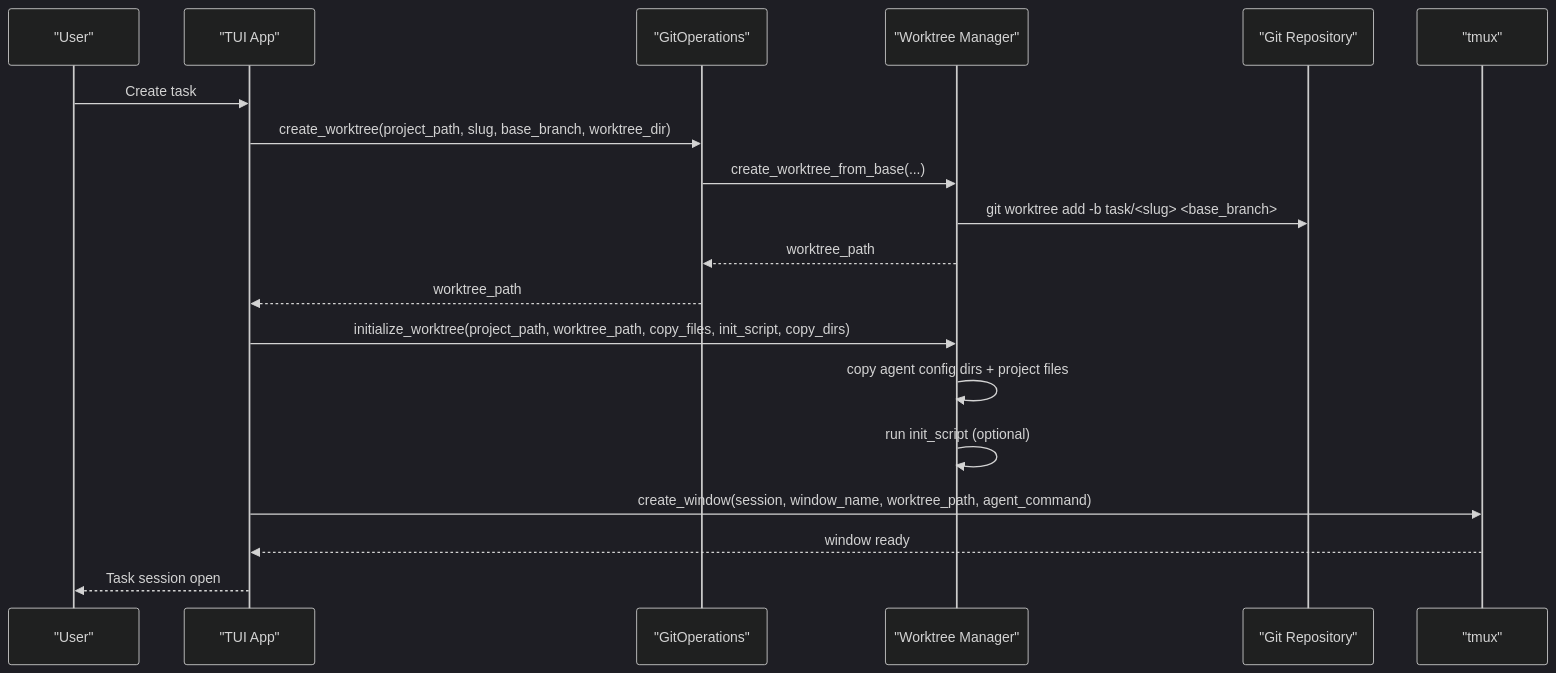
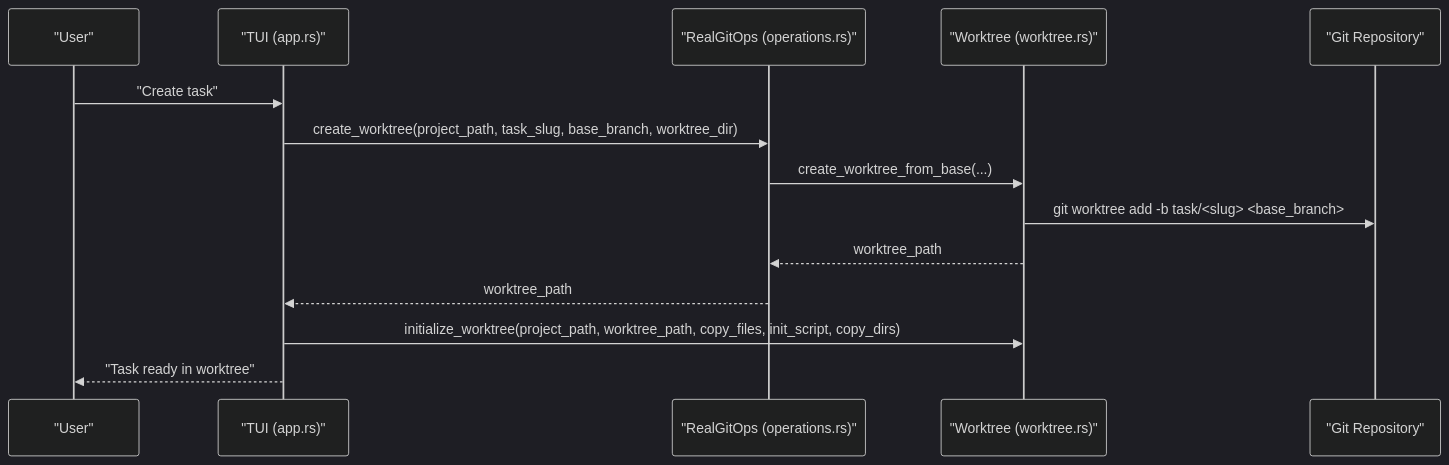
The second of 10 diagrams in .qoder/repowiki/en/content/Git Integration/Worktree Management.md (bramburn/agtx), drawn with Mermaid (dark theme) before and after one commit. The commit also changed other lines of this file and 140 other files, not shown here.

````diff
--- a/.qoder/repowiki/en/content/Git Integration/Worktree Management.md
+++ b/.qoder/repowiki/en/content/Git Integration/Worktree Management.md
@@ -102,21 +113,16 @@
 ```mermaid
 sequenceDiagram
 participant User as "User"
-participant TUI as "TUI App"
-participant GitOps as "GitOperations"
-participant WT as "Worktree Manager"
+participant TUI as "TUI (app.rs)"
+participant GitOps as "RealGitOps (operations.rs)"
+participant WT as "Worktree (worktree.rs)"
 participant Repo as "Git Repository"
-participant TMUX as "tmux"
-User->>TUI : Create task
-TUI->>GitOps : create_worktree(project_path, slug, base_branch, worktree_dir)
+User->>TUI : "Create task"
+TUI->>GitOps : create_worktree(project_path, task_slug, base_branch, worktree_dir)
 GitOps->>WT : create_worktree_from_base(...)
 WT->>Repo : git worktree add -b task/<slug> <base_branch>
 WT-->>GitOps : worktree_path
 GitOps-->>TUI : worktree_path
 TUI->>WT : initialize_worktree(project_path, worktree_path, copy_files, init_script, copy_dirs)
-WT->>WT : copy agent config dirs + project files
-WT->>WT : run init_script (optional)
-TUI->>TMUX : create_window(session, window_name, worktree_path, agent_command)
-TMUX-->>TUI : window ready
-TUI-->>User : Task session open
+TUI-->>User : "Task ready in worktree"
 ```
````
